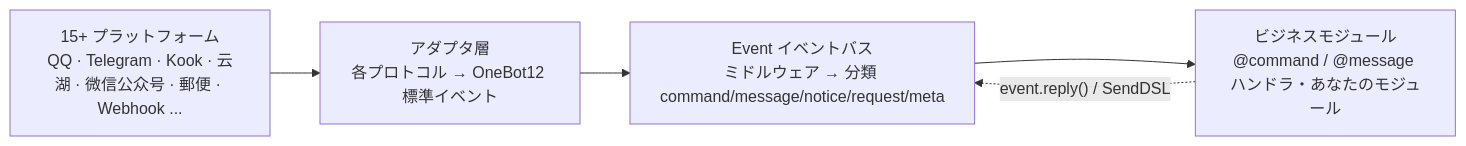
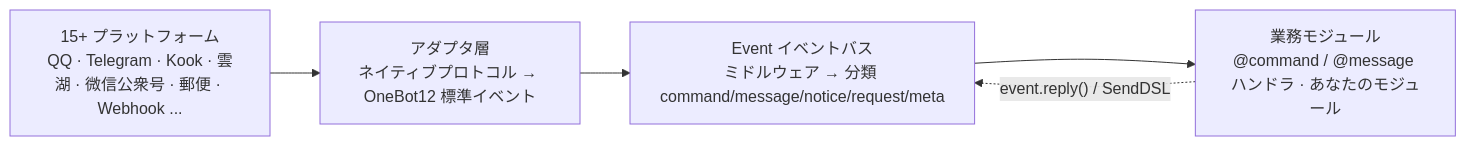
One commit to ErisPulse/ErisPulse changed the first of 2 diagrams in README.ja.md. Above: the diagram before and after it, drawn with Mermaid. The commit also changed other lines of this file and 3 other files, not shown here.

````diff
--- a/README.ja.md
+++ b/README.ja.md
@@ -111,9 +111,9 @@
 ```mermaid
 graph LR
-    P["15+ プラットフォーム<br/>QQ · Telegram · Kook · 云湖 · 微信公众号 · 郵便 · Webhook ..."]
-    A["アダプタ層<br/>各プロトコル → OneBot12 標準イベント"]
+    P["15+ プラットフォーム<br/>QQ · Telegram · Kook · 雲湖 · 微信公衆号 · 郵便 · Webhook ..."]
+    A["アダプタ層<br/>ネイティブプロトコル → OneBot12 標準イベント"]
     Event["Event イベントバス<br/>ミドルウェア → 分類 command/message/notice/request/meta"]
-    M["ビジネスモジュール<br/>@command / @message ハンドラ・あなたのモジュール"]
+    M["業務モジュール<br/>@command / @message ハンドラ · あなたのモジュール"]
     P --> A --> Event --> M
     M -.->|"event.reply() / SendDSL"| Event
 ```
````
